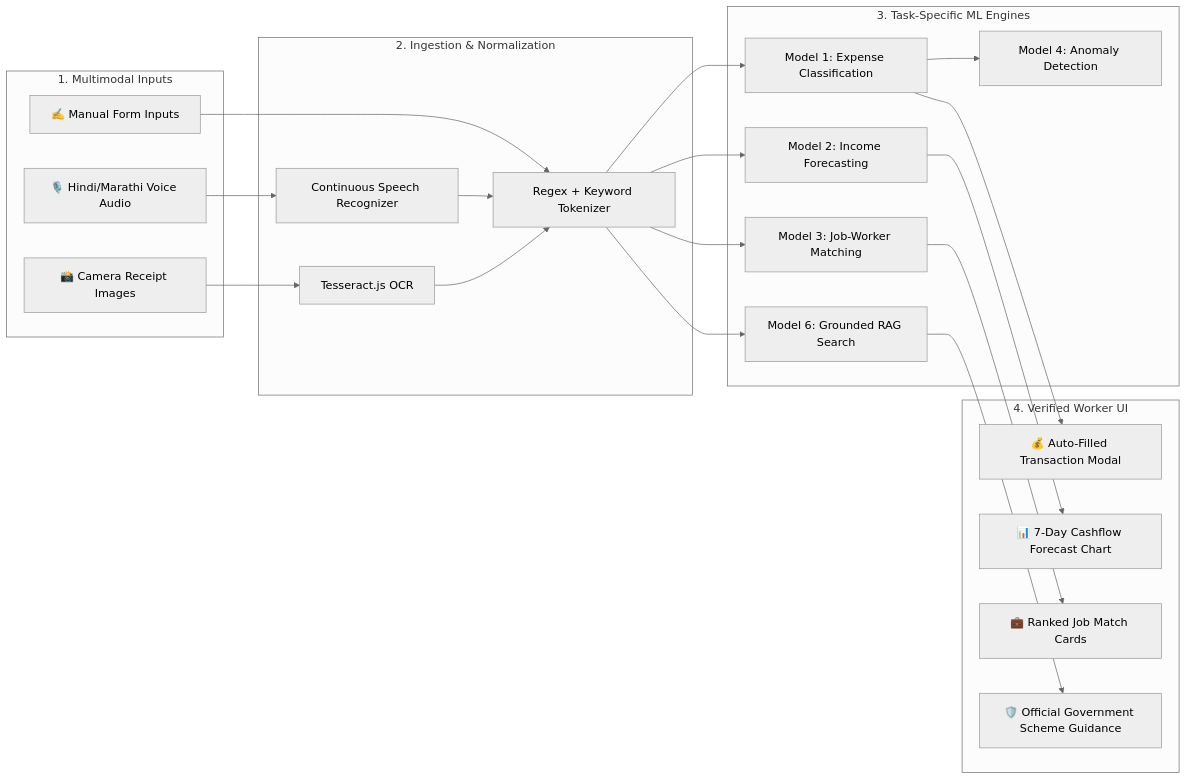
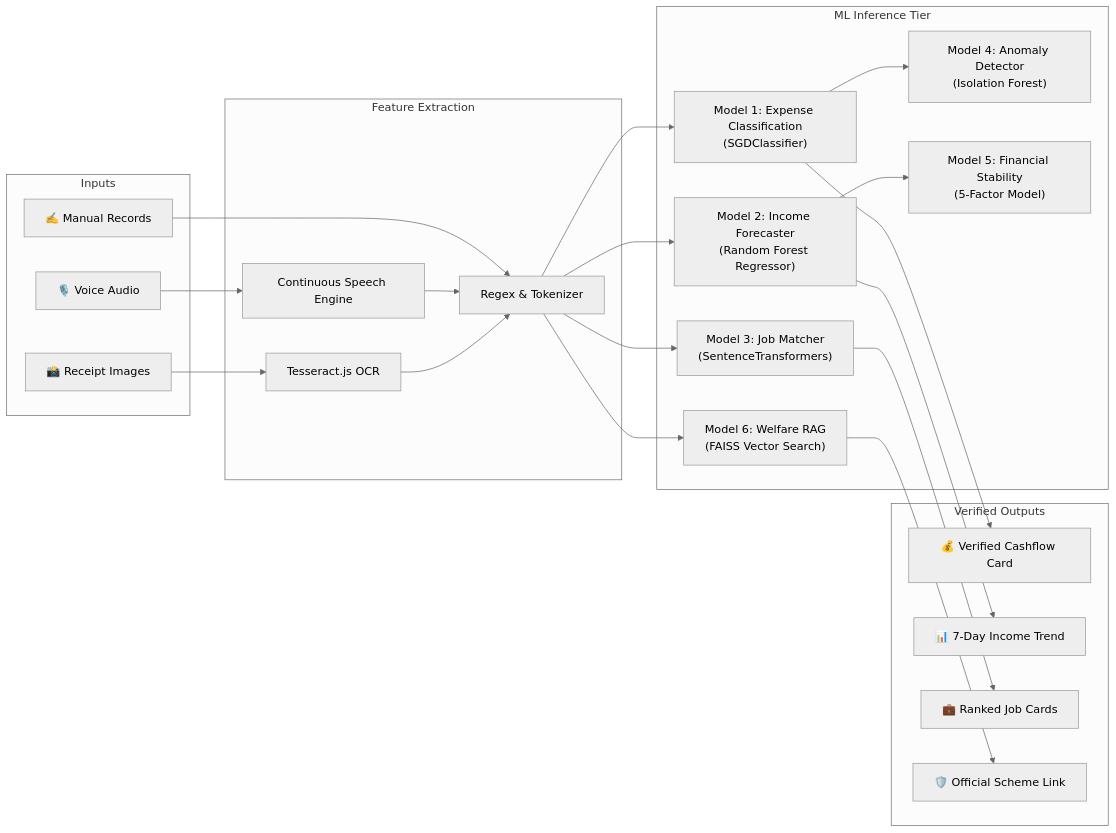
The second of 2 diagrams in README.md (bhumika-chaudhari/fairwork-setu), drawn with Mermaid (neutral theme) before and after one commit. The commit also changed other lines of this file, not shown here.

Commit message:
docs(readme): add detailed system architecture, tech stack matrix, and dedicated Android native deep-dive

````diff
--- a/README.md
+++ b/README.md
@@ -162,46 +352,48 @@
 ```mermaid
 flowchart LR
-    subgraph Inputs ["1. Multimodal Inputs"]
-        V["🎙️ Hindi/Marathi Voice Audio"]
-        I["📸 Camera Receipt Images"]
-        T["✍️ Manual Form Inputs"]
+    subgraph Inputs ["Inputs"]
+        Audio["🎙️ Voice Audio"]
+        Img["📸 Receipt Images"]
+        Text["✍️ Manual Records"]
     end
 
-    subgraph Preprocessing ["2. Ingestion & Normalization"]
+    subgraph Preprocessing ["Feature Extraction"]
+        STT["Continuous Speech Engine"]
         OCR["Tesseract.js OCR"]
-        STT["Continuous Speech Recognizer"]
-        NER["Regex + Keyword Tokenizer"]
+        Tokenizer["Regex & Tokenizer"]
     end
 
-    V --> STT
-    I --> OCR
-    T --> NER
-    STT --> NER
-    OCR --> NER
+    Audio --> STT
+    Img --> OCR
+    Text --> Tokenizer
+    STT --> Tokenizer
+    OCR --> Tokenizer
 
-    subgraph Inference ["3. Task-Specific ML Engines"]
-        Exp["Model 1: Expense Classification"]
-        Fore["Model 2: Income Forecasting"]
-        Match["Model 3: Job-Worker Matching"]
-        Anom["Model 4: Anomaly Detection"]
-        RAG["Model 6: Grounded RAG Search"]
+    subgraph MLPipeline ["ML Inference Tier"]
+        M1["Model 1: Expense Classification<br/>(SGDClassifier)"]
+        M2["Model 2: Income Forecaster<br/>(Random Forest Regressor)"]
+        M3["Model 3: Job Matcher<br/>(SentenceTransformers)"]
+        M4["Model 4: Anomaly Detector<br/>(Isolation Forest)"]
+        M5["Model 5: Financial Stability<br/>(5-Factor Model)"]
+        M6["Model 6: Welfare RAG<br/>(FAISS Vector Search)"]
     end
 
-    NER --> Exp
-    NER --> Fore
-    NER --> Match
-    Exp --> Anom
-    NER --> RAG
+    Tokenizer --> M1
+    Tokenizer --> M2
+    Tokenizer --> M3
+    M1 --> M4
+    M2 --> M5
+    Tokenizer --> M6
 
-    subgraph Outputs ["4. Verified Worker UI"]
-        Card1["💰 Auto-Filled Transaction Modal"]
-        Card2["📊 7-Day Cashflow Forecast Chart"]
-        Card3["💼 Ranked Job Match Cards"]
-        Card4["🛡️ Official Government Scheme Guidance"]
+    subgraph Deliverables ["Verified Outputs"]
+        O1["💰 Verified Cashflow Card"]
+        O2["📊 7-Day Income Trend"]
+        O3["💼 Ranked Job Cards"]
+        O4["🛡️ Official Scheme Link"]
     end
 
-    Exp --> Card1
-    Fore --> Card2
-    Match --> Card3
-    RAG --> Card4
+    M1 --> O1
+    M2 --> O2
+    M3 --> O3
+    M6 --> O4
 ```
````
